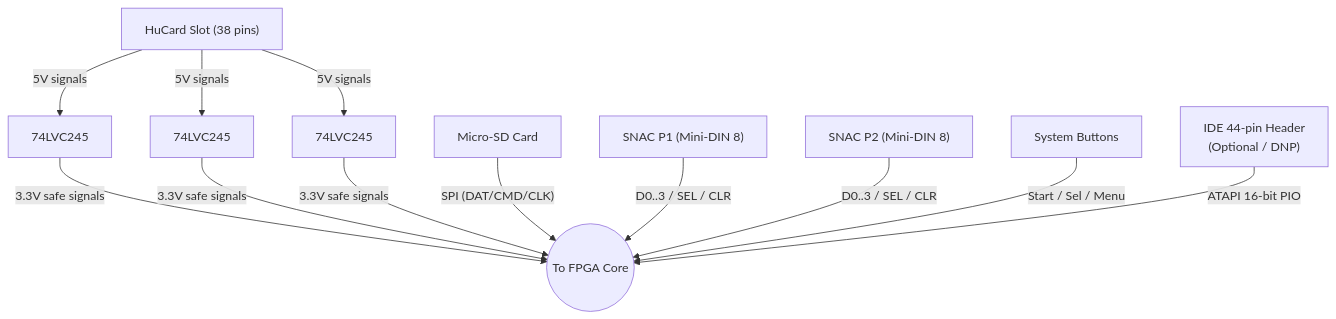
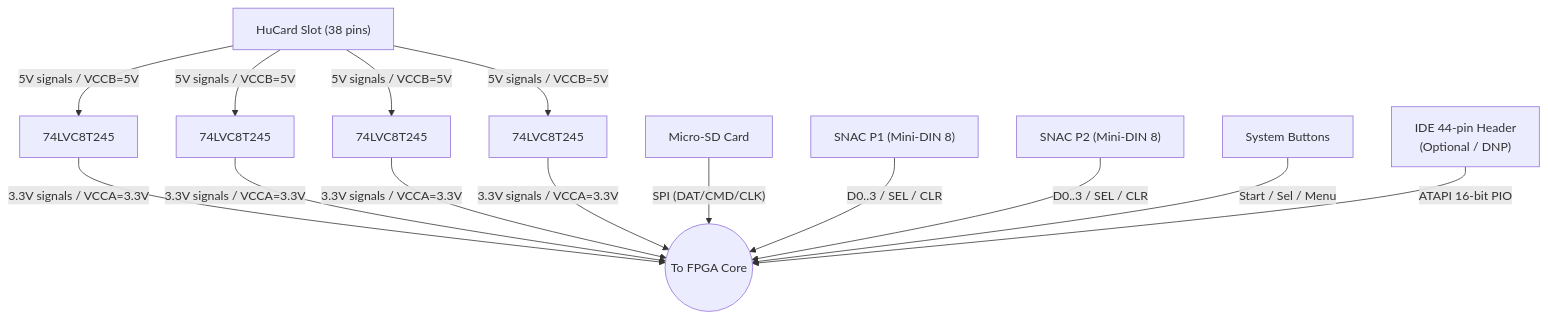
The fourth of 7 diagrams in README.md (supermomo31/PCE_colorlight_carrier), drawn with Mermaid before and after one commit. The commit also changed other lines of this file, not shown here.

````diff
--- a/README.md
+++ b/README.md
@@ -220,17 +222,17 @@
 ```mermaid
 graph TD
     SLOT["HuCard Slot (38 pins)"]
-    LVC1["74LVC245"] & LVC2["74LVC245"] & LVC3["74LVC245"]
+    LVC1["74LVC8T245"] & LVC2["74LVC8T245"] & LVC3["74LVC8T245"] & LVC4["74LVC8T245"]
     SD["Micro-SD Card"]
     P1["SNAC P1 (Mini-DIN 8)"] & P2["SNAC P2 (Mini-DIN 8)"]
     BTN["System Buttons"]
     IDE["IDE 44-pin Header<br/>(Optional / DNP)"]
 
-    SLOT -->|"5V signals"| LVC1 & LVC2 & LVC3
-    LVC1 & LVC2 & LVC3 -->|"3.3V safe signals"| FPGA(("To FPGA Core"))
+    SLOT -->|"5V signals / VCCB=5V"| LVC1 & LVC2 & LVC3 & LVC4
+    LVC1 & LVC2 & LVC3 & LVC4 -->|"3.3V signals / VCCA=3.3V"| FPGA(("To FPGA Core"))
     SD -->|"SPI (DAT/CMD/CLK)"| FPGA
     P1 -->|"D0..3 / SEL / CLR"| FPGA
     P2 -->|"D0..3 / SEL / CLR"| FPGA
     BTN -->|"Start / Sel / Menu"| FPGA
     IDE -->|"ATAPI 16-bit PIO"| FPGA
 ```
````
